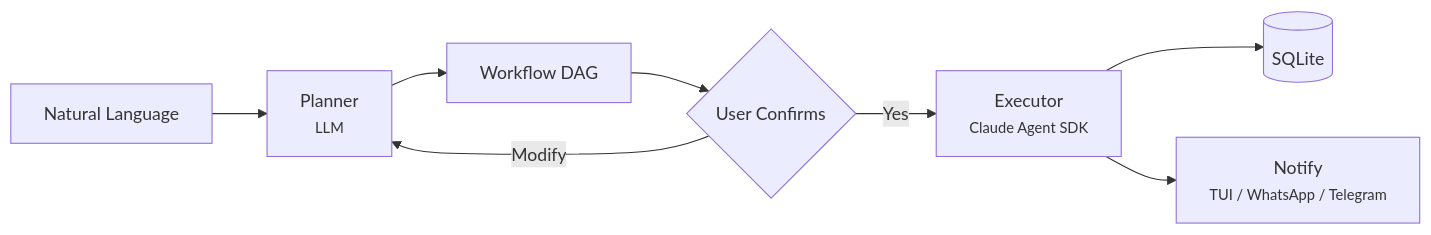
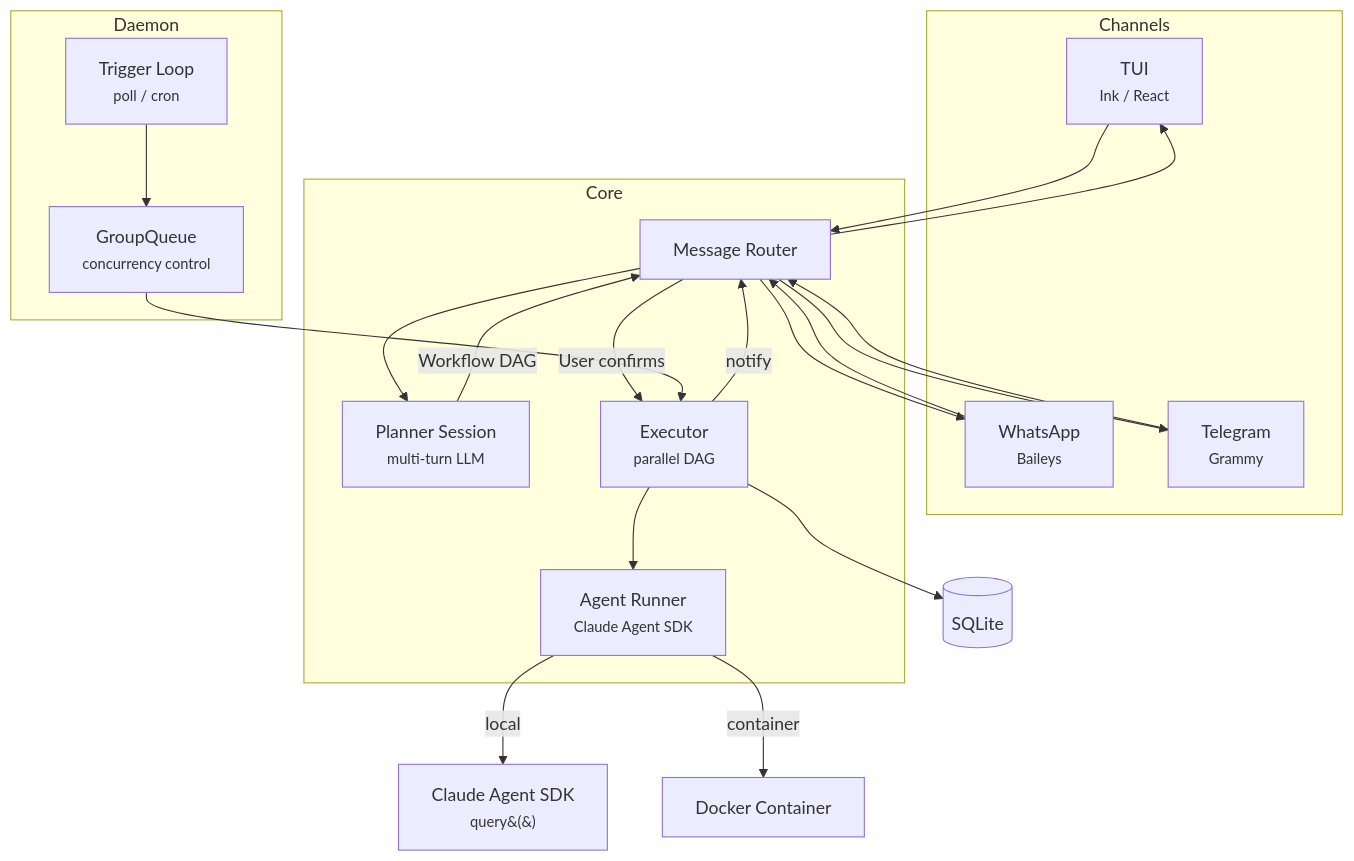
One commit to memodb-io/cueclaw changed the diagram in README.md. Above: the diagram before and after it, drawn with Mermaid. The commit also changed other lines of this file and 11 other files, not shown here.

First line of the commit message:
docs: update README, architecture docs, and plans for new architecture

````diff
--- a/README.md
+++ b/README.md
@@ -67,10 +157,32 @@
 ```mermaid
-flowchart LR
-    A[Natural Language] --> B[Planner<br/><small>LLM</small>]
-    B --> C[Workflow DAG]
-    C --> D{User Confirms}
-    D -->|Yes| E[Executor<br/><small>Claude Agent SDK</small>]
-    D -->|Modify| B
-    E --> F[(SQLite)]
-    E --> G[Notify<br/><small>TUI / WhatsApp / Telegram</small>]
+flowchart TB
+    subgraph Channels
+        TUI[TUI<br/><small>Ink / React</small>]
+        WA[WhatsApp<br/><small>Baileys</small>]
+        TG[Telegram<br/><small>Grammy</small>]
+    end
+
+    subgraph Core
+        Router[Message Router]
+        PS[Planner Session<br/><small>multi-turn LLM</small>]
+        Exec[Executor<br/><small>parallel DAG</small>]
+        AR[Agent Runner<br/><small>Claude Agent SDK</small>]
+    end
+
+    subgraph Daemon
+        TL[Trigger Loop<br/><small>poll / cron</small>]
+        GQ[GroupQueue<br/><small>concurrency control</small>]
+    end
+
+    TUI & WA & TG --> Router
+    Router --> PS
+    PS -->|Workflow DAG| Router
+    Router -->|User confirms| Exec
+    Exec --> AR
+    AR -->|local| SDK[Claude Agent SDK<br/><small>query&#40;&#41;</small>]
+    AR -->|container| Docker[Docker Container]
+    Exec --> DB[(SQLite)]
+    TL --> GQ --> Exec
+    Exec -->|notify| Router
+    Router --> TUI & WA & TG
 ```
````
